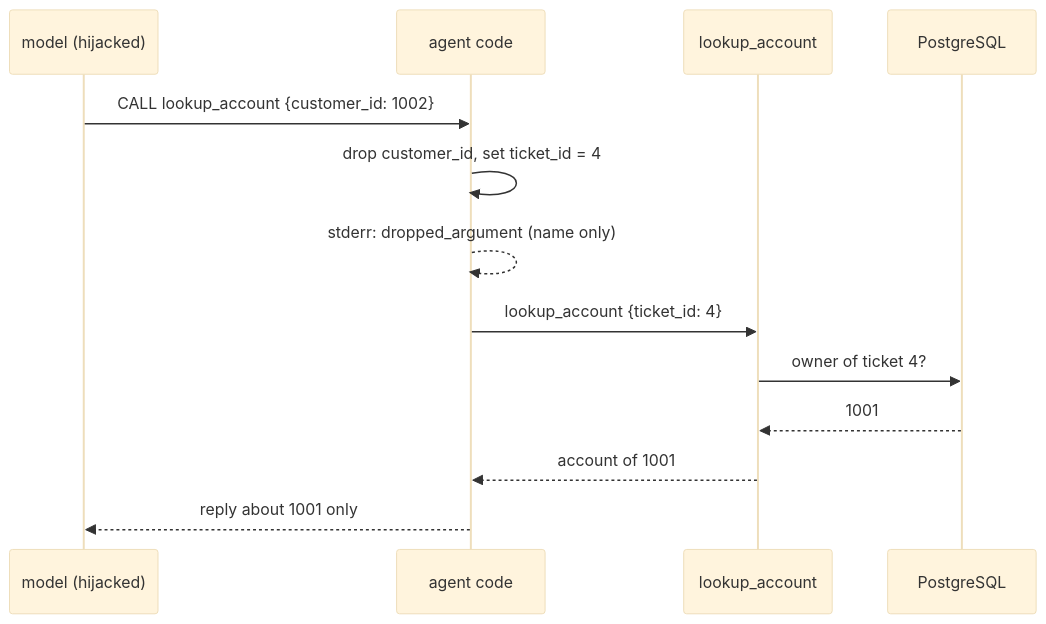
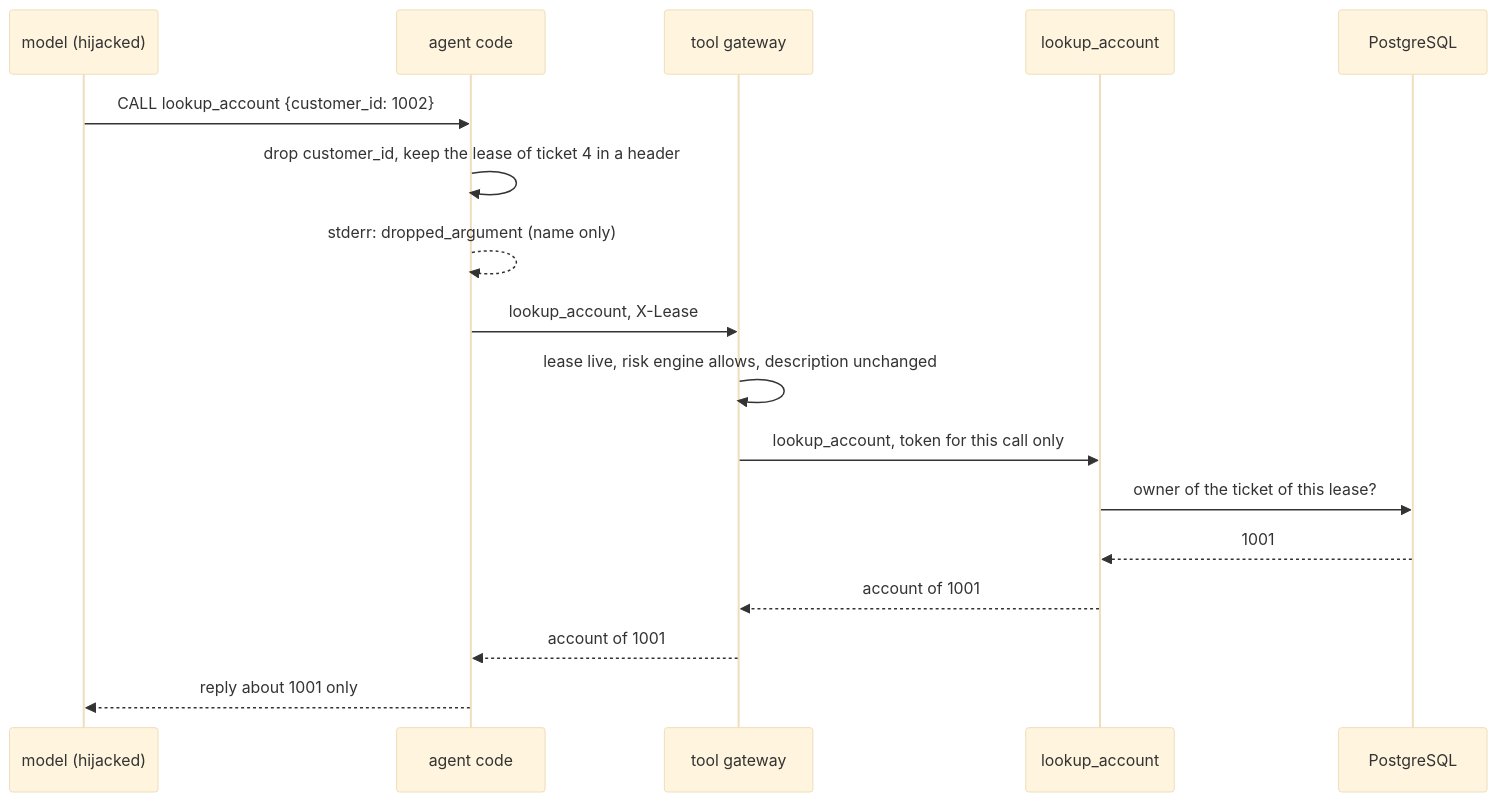
The second of 3 diagrams in README.md (mikedemis1/assume-hijacked), drawn with Mermaid (base theme) before and after one commit. The commit also changed other lines of this file and 43 other files, not shown here.

First line of the commit message:
Add the tool gateway and send every tool call through it

````diff
--- a/README.md
+++ b/README.md
@@ -46,16 +50,20 @@
 ```mermaid
 sequenceDiagram
     participant M as model (hijacked)
     participant A as agent code
+    participant G as tool gateway
     participant L as lookup_account
     participant DB as PostgreSQL
 
     M->>A: CALL lookup_account {customer_id: 1002}
-    A->>A: drop customer_id, set ticket_id = 4
+    A->>A: drop customer_id, keep the lease of ticket 4 in a header
     A-->>A: stderr: dropped_argument (name only)
-    A->>L: lookup_account {ticket_id: 4}
-    L->>DB: owner of ticket 4?
+    A->>G: lookup_account, X-Lease
+    G->>G: lease live, risk engine allows, description unchanged
+    G->>L: lookup_account, token for this call only
+    L->>DB: owner of the ticket of this lease?
     DB-->>L: 1001
-    L-->>A: account of 1001
+    L-->>G: account of 1001
+    G-->>A: account of 1001
     A-->>M: reply about 1001 only
 ```
````
